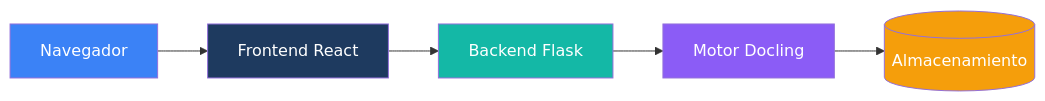
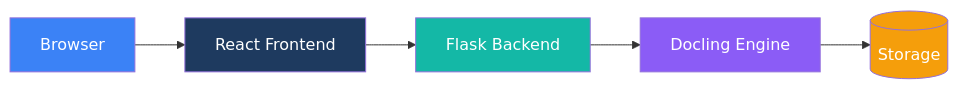
The diagram in docs/es/architecture/index.md (duckling-ui/duckling), drawn with Mermaid before and after one commit. The commit also changed other lines of this file and 73 other files, not shown here.

````diff
--- a/docs/es/architecture/index.md
+++ b/docs/es/architecture/index.md
@@ -9,13 +9,13 @@
 ```mermaid
 graph LR
-    A[Navegador] --> B[Frontend React]
-    B --> C[Backend Flask]
-    C --> D[Motor Docling]
-    D --> E[(Almacenamiento)]
+    A[Browser] --> B[React Frontend]
+    B --> C[Flask Backend]
+    C --> D[Docling Engine]
+    D --> E[(Storage)]
 
     style A fill:#3b82f6,color:#fff
     style B fill:#1e3a5f,color:#fff
     style C fill:#14b8a6,color:#fff
     style D fill:#8b5cf6,color:#fff
     style E fill:#f59e0b,color:#fff
 ```
````
